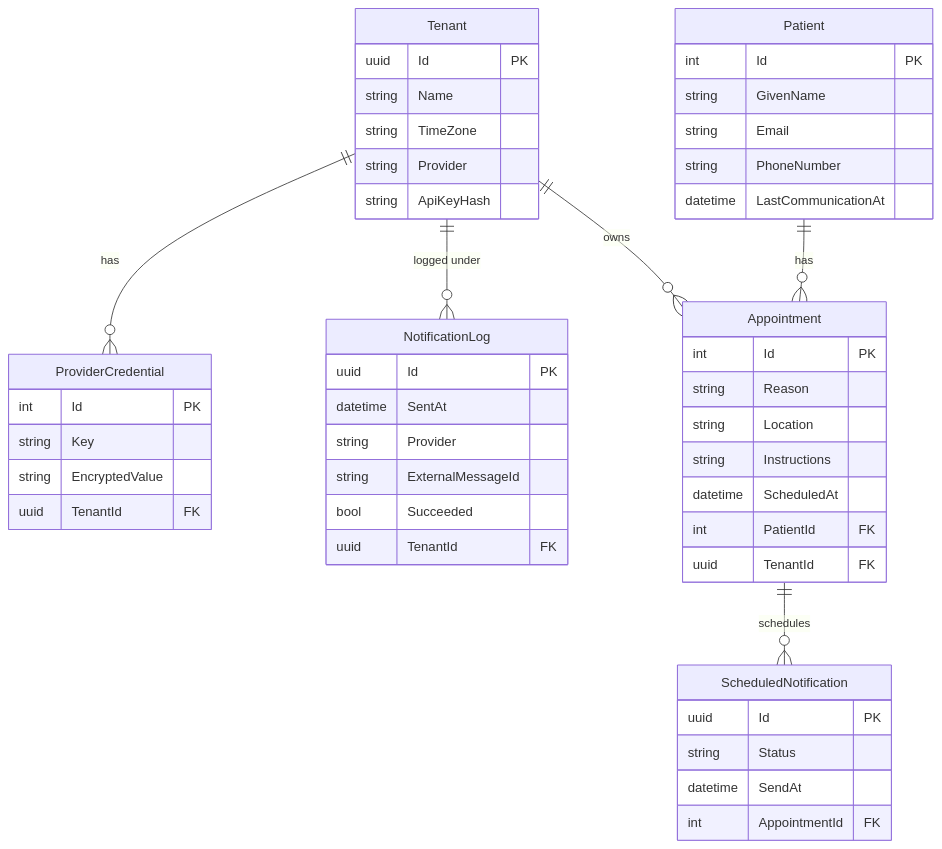
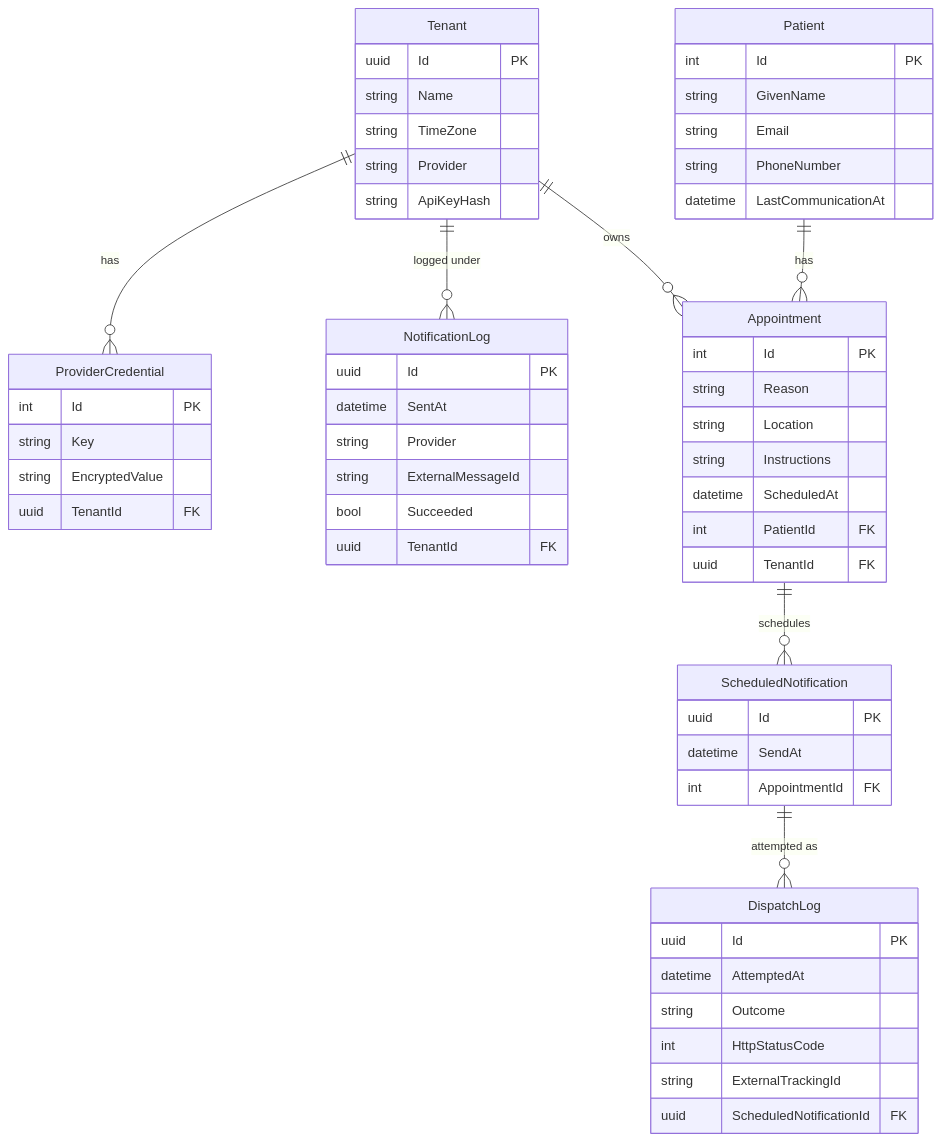
The diagram in docs/ERD/database-schema.md (PatientPingeling/PatientPingeling), drawn with Mermaid before and after one commit. The commit also changed other lines of this file and 2 other files, not shown here.

Commit message:
ERD fix, finished my own realization. Elaborated realization template.

````diff
--- a/docs/ERD/database-schema.md
+++ b/docs/ERD/database-schema.md
@@ -12,57 +12,66 @@
 ```mermaid
 erDiagram
     Tenant ||--o{ ProviderCredential : "has"
     Tenant ||--o{ NotificationLog : "logged under"
     Tenant ||--o{ Appointment : "owns"
     Patient ||--o{ Appointment : "has"
     Appointment ||--o{ ScheduledNotification : "schedules"
+    ScheduledNotification ||--o{ DispatchLog : "attempted as"
 
     Patient {
         int Id PK
         string GivenName
         string Email
         string PhoneNumber
         datetime LastCommunicationAt
     }
 
     Appointment {
         int Id PK
         string Reason
         string Location
         string Instructions
         datetime ScheduledAt
         int PatientId FK
         uuid TenantId FK
     }
 
     ScheduledNotification {
         uuid Id PK
-        string Status
         datetime SendAt
         int AppointmentId FK
+    }
+
+    DispatchLog {
+        uuid Id PK
+        datetime AttemptedAt
+        string Outcome
+        int HttpStatusCode
+        string ExternalTrackingId
+        uuid ScheduledNotificationId FK
     }
 
     Tenant {
         uuid Id PK
         string Name
         string TimeZone
         string Provider
         string ApiKeyHash
     }
 
     ProviderCredential {
         int Id PK
         string Key
         string EncryptedValue
         uuid TenantId FK
     }
 
     NotificationLog {
         uuid Id PK
         datetime SentAt
         string Provider
         string ExternalMessageId
         bool Succeeded
         uuid TenantId FK
     }
 ```
````
